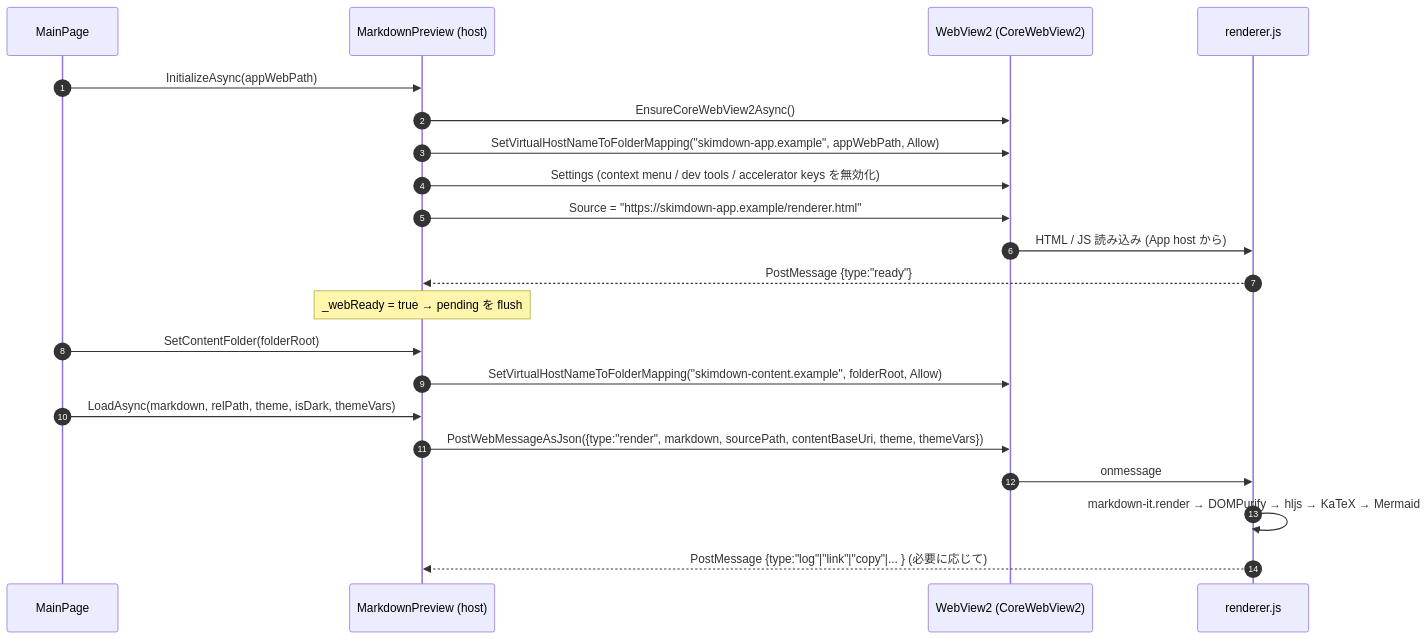
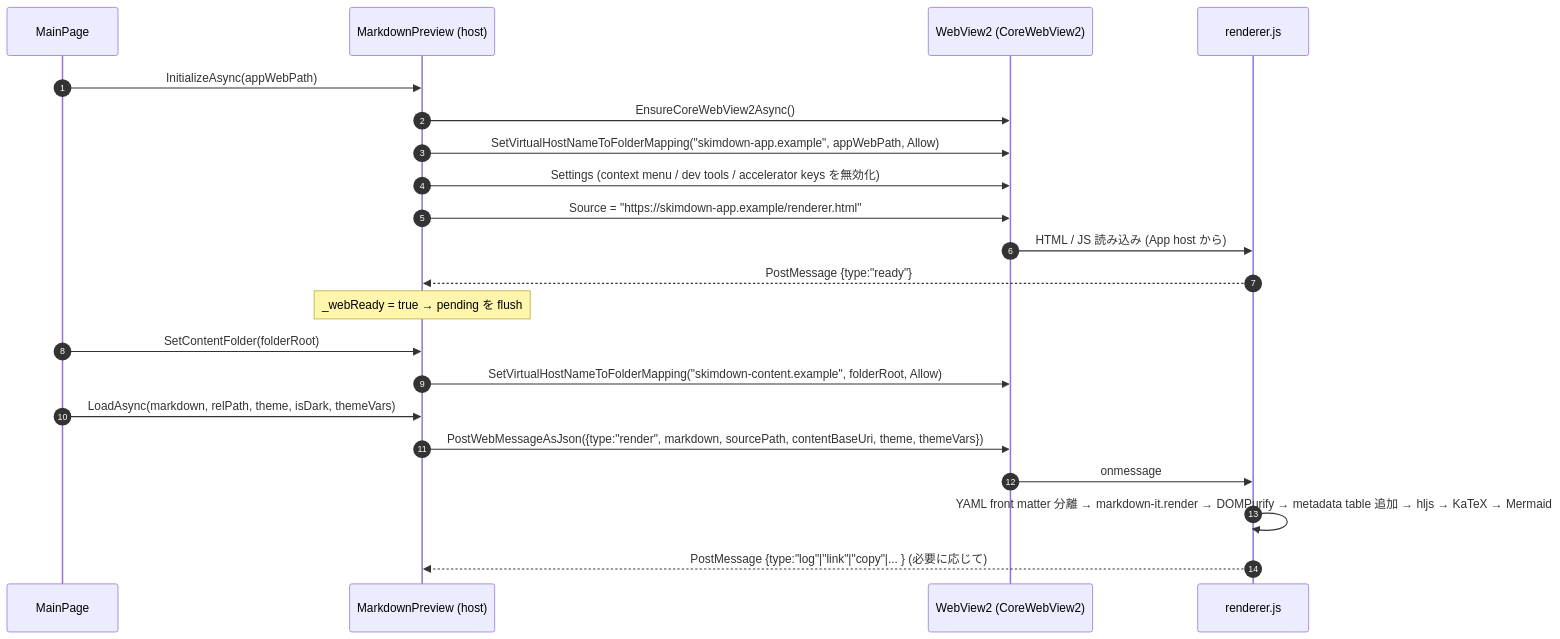
The diagram in docs/webview2-preview.md (runceel/SkimDownForWindows), drawn with Mermaid before and after one commit. The commit also changed other lines of this file and 3 other files, not shown here.

First line of the commit message:
Render YAML front matter in Markdown previews (#72)

````diff
--- a/docs/webview2-preview.md
+++ b/docs/webview2-preview.md
@@ -51,24 +51,24 @@
 ```mermaid
 sequenceDiagram
     autonumber
     participant MP as MainPage
     participant MV as MarkdownPreview (host)
     participant Web as WebView2 (CoreWebView2)
     participant R as renderer.js
 
     MP->>MV: InitializeAsync(appWebPath)
     MV->>Web: EnsureCoreWebView2Async()
     MV->>Web: SetVirtualHostNameToFolderMapping("skimdown-app.example", appWebPath, Allow)
     MV->>Web: Settings (context menu / dev tools / accelerator keys を無効化)
     MV->>Web: Source = "https://skimdown-app.example/renderer.html"
     Web->>R: HTML / JS 読み込み (App host から)
     R-->>MV: PostMessage {type:"ready"}
     Note over MV: _webReady = true → pending を flush
     MP->>MV: SetContentFolder(folderRoot)
     MV->>Web: SetVirtualHostNameToFolderMapping("skimdown-content.example", folderRoot, Allow)
     MP->>MV: LoadAsync(markdown, relPath, theme, isDark, themeVars)
     MV->>Web: PostWebMessageAsJson({type:"render", markdown, sourcePath, contentBaseUri, theme, themeVars})
     Web->>R: onmessage
-    R->>R: markdown-it.render → DOMPurify → hljs → KaTeX → Mermaid
+    R->>R: YAML front matter 分離 → markdown-it.render → DOMPurify → metadata table 追加 → hljs → KaTeX → Mermaid
     R-->>MV: PostMessage {type:"log"|"link"|"copy"|... } (必要に応じて)
 ```
````
